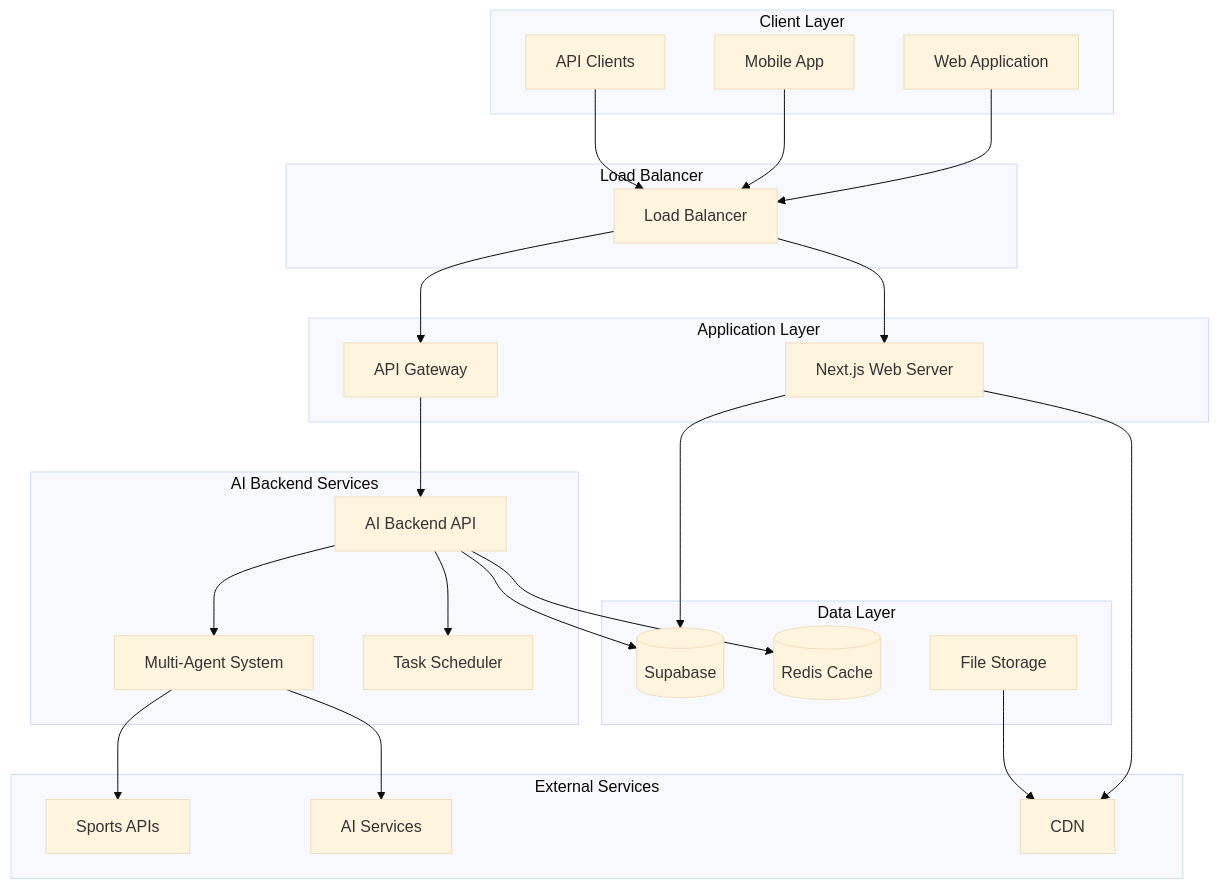
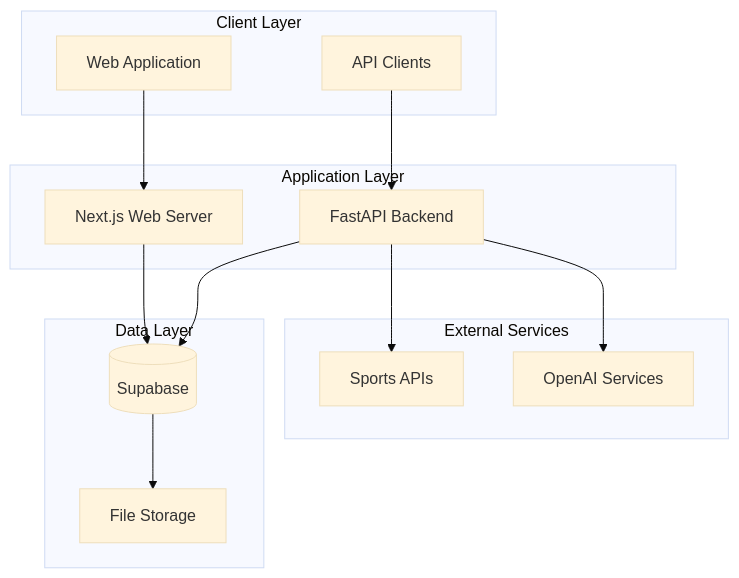
Before and after one commit to vibing-ai/sports-scribe: the first of 5 diagrams in docs/architecture/system-overview.md, drawn with Mermaid (base theme). The commit also changed other lines of this file and 28 other files, not shown here.

````diff
--- a/docs/architecture/system-overview.md
+++ b/docs/architecture/system-overview.md
@@ -9,56 +30,30 @@
 ```mermaid
 graph TB
     subgraph "Client Layer"
         WEB[Web Application]
-        MOBILE[Mobile App]
         API_CLIENT[API Clients]
     end
 
-    subgraph "Load Balancer"
-        LB[Load Balancer]
-    end
-
     subgraph "Application Layer"
-        WEB_SERVER[Next.js Web Server]
-        API_GATEWAY[API Gateway]
-    end
-
-    subgraph "AI Backend Services"
-        AI_API[AI Backend API]
-        AGENTS[Multi-Agent System]
-        SCHEDULER[Task Scheduler]
+        NEXTJS[Next.js Web Server]
+        FASTAPI[FastAPI Backend]
     end
 
     subgraph "Data Layer"
         SUPABASE[(Supabase)]
-        REDIS[(Redis Cache)]
         STORAGE[File Storage]
     end
 
     subgraph "External Services"
         SPORTS_API[Sports APIs]
-        AI_SERVICES[AI Services]
-        CDN[CDN]
+        OPENAI[OpenAI Services]
     end
 
-    WEB --> LB
-    MOBILE --> LB
-    API_CLIENT --> LB
-
-    LB --> WEB_SERVER
-    LB --> API_GATEWAY
-
-    WEB_SERVER --> SUPABASE
-    API_GATEWAY --> AI_API
-
-    AI_API --> AGENTS
-    AI_API --> SCHEDULER
-    AI_API --> SUPABASE
-    AI_API --> REDIS
-
-    AGENTS --> SPORTS_API
-    AGENTS --> AI_SERVICES
-
-    WEB_SERVER --> CDN
-    STORAGE --> CDN
+    WEB --> NEXTJS
+    API_CLIENT --> FASTAPI
+    NEXTJS --> SUPABASE
+    FASTAPI --> SUPABASE
+    FASTAPI --> SPORTS_API
+    FASTAPI --> OPENAI
+    SUPABASE --> STORAGE
 ```
````
